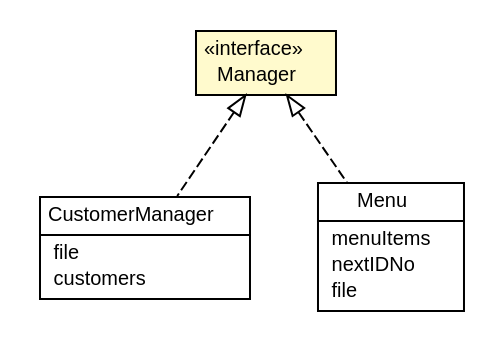
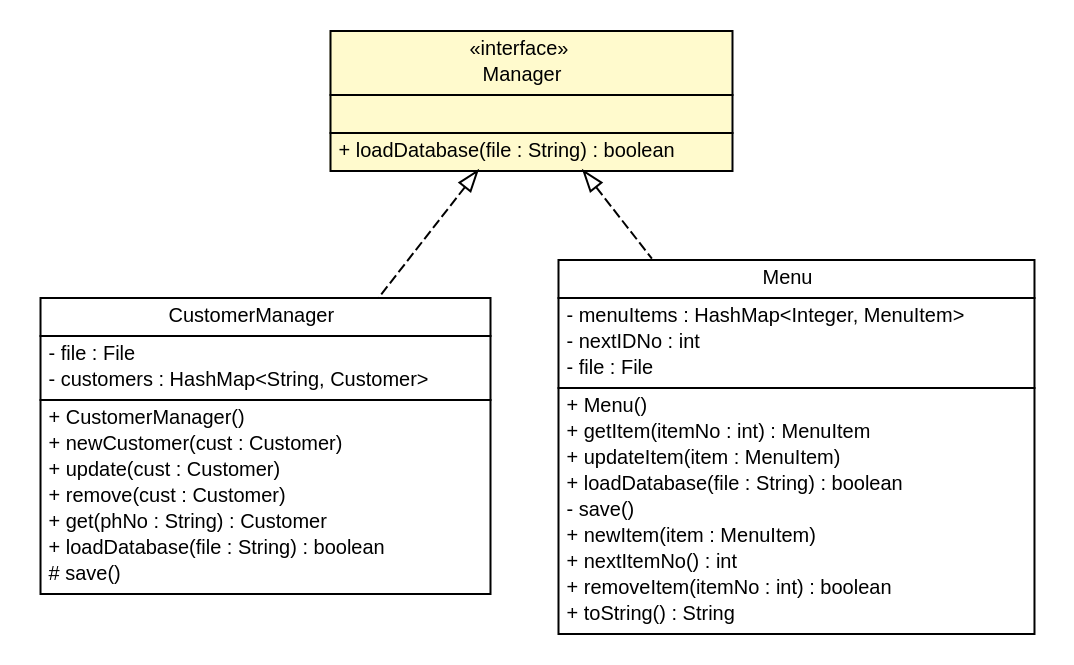
One commit to DDevine/CrapPOS changed the diagram in docs/au/edu/griffith/ict/Manager.dot. Above: the diagram before and after it, drawn with Graphviz. The commit also changed 50 other files, not shown here.

```diff
--- a/docs/au/edu/griffith/ict/Manager.dot
+++ b/docs/au/edu/griffith/ict/Manager.dot
@@ -1,44 +1,70 @@
 #!/usr/local/bin/dot
 #
 # Class diagram 
 # Generated by UMLGraph version 1.6 (http://www.umlgraph.org/)
 #
 
 digraph G {
 	edge [fontname="Helvetica",fontsize=10,labelfontname="Helvetica",labelfontsize=10];
 	node [fontname="Helvetica",fontsize=10,shape=plaintext];
 	nodesep=0.25;
 	ranksep=0.5;
 	// au.edu.griffith.ict.CustomerManager
-	c46 [label=<<table title="au.edu.griffith.ict.CustomerManager" border="0" cellborder="1" cellspacing="0" cellpadding="2" port="p" href="./CustomerManager.html">
+	c41 [label=<<table title="au.edu.griffith.ict.CustomerManager" border="0" cellborder="1" cellspacing="0" cellpadding="2" port="p" href="./CustomerManager.html">
 		<tr><td><table border="0" cellspacing="0" cellpadding="1">
 <tr><td align="center" balign="center"> CustomerManager </td></tr>
 		</table></td></tr>
 		<tr><td><table border="0" cellspacing="0" cellpadding="1">
-<tr><td align="left" balign="left">  file </td></tr>
-<tr><td align="left" balign="left">  customers </td></tr>
+<tr><td align="left" balign="left"> - file : File </td></tr>
+<tr><td align="left" balign="left"> - customers : HashMap&lt;String, Customer&gt; </td></tr>
+		</table></td></tr>
+		<tr><td><table border="0" cellspacing="0" cellpadding="1">
+<tr><td align="left" balign="left"> + CustomerManager() </td></tr>
+<tr><td align="left" balign="left"> + newCustomer(cust : Customer) </td></tr>
+<tr><td align="left" balign="left"> + update(cust : Customer) </td></tr>
+<tr><td align="left" balign="left"> + remove(cust : Customer) </td></tr>
+<tr><td align="left" balign="left"> + get(phNo : String) : Customer </td></tr>
+<tr><td align="left" balign="left"> + loadDatabase(file : String) : boolean </td></tr>
+<tr><td align="left" balign="left"> # save() </td></tr>
 		</table></td></tr>
 		</table>>, URL="./CustomerManager.html", fontname="Helvetica", fontcolor="black", fontsize=10.0];
 	// au.edu.griffith.ict.Manager
-	c48 [label=<<table title="au.edu.griffith.ict.Manager" border="0" cellborder="1" cellspacing="0" cellpadding="2" port="p" bgcolor="lemonChiffon" href="./Manager.html">
+	c43 [label=<<table title="au.edu.griffith.ict.Manager" border="0" cellborder="1" cellspacing="0" cellpadding="2" port="p" bgcolor="lemonChiffon" href="./Manager.html">
 		<tr><td><table border="0" cellspacing="0" cellpadding="1">
 <tr><td align="center" balign="center"> &#171;interface&#187; </td></tr>
 <tr><td align="center" balign="center"> Manager </td></tr>
 		</table></td></tr>
+		<tr><td><table border="0" cellspacing="0" cellpadding="1">
+<tr><td align="left" balign="left">  </td></tr>
+		</table></td></tr>
+		<tr><td><table border="0" cellspacing="0" cellpadding="1">
+<tr><td align="left" balign="left"> + loadDatabase(file : String) : boolean </td></tr>
+		</table></td></tr>
 		</table>>, URL="./Manager.html", fontname="Helvetica", fontcolor="black", fontsize=10.0];
 	// au.edu.griffith.ict.Menu
-	c50 [label=<<table title="au.edu.griffith.ict.Menu" border="0" cellborder="1" cellspacing="0" cellpadding="2" port="p" href="./Menu.html">
+	c45 [label=<<table title="au.edu.griffith.ict.Menu" border="0" cellborder="1" cellspacing="0" cellpadding="2" port="p" href="./Menu.html">
 		<tr><td><table border="0" cellspacing="0" cellpadding="1">
 <tr><td align="center" balign="center"> Menu </td></tr>
 		</table></td></tr>
 		<tr><td><table border="0" cellspacing="0" cellpadding="1">
-<tr><td align="left" balign="left">  menuItems </td></tr>
-<tr><td align="left" balign="left">  nextIDNo </td></tr>
-<tr><td align="left" balign="left">  file </td></tr>
+<tr><td align="left" balign="left"> - menuItems : HashMap&lt;Integer, MenuItem&gt; </td></tr>
+<tr><td align="left" balign="left"> - nextIDNo : int </td></tr>
+<tr><td align="left" balign="left"> - file : File </td></tr>
+		</table></td></tr>
+		<tr><td><table border="0" cellspacing="0" cellpadding="1">
+<tr><td align="left" balign="left"> + Menu() </td></tr>
+<tr><td align="left" balign="left"> + getItem(itemNo : int) : MenuItem </td></tr>
+<tr><td align="left" balign="left"> + updateItem(item : MenuItem) </td></tr>
+<tr><td align="left" balign="left"> + loadDatabase(file : String) : boolean </td></tr>
+<tr><td align="left" balign="left"> - save() </td></tr>
+<tr><td align="left" balign="left"> + newItem(item : MenuItem) </td></tr>
+<tr><td align="left" balign="left"> + nextItemNo() : int </td></tr>
+<tr><td align="left" balign="left"> + removeItem(itemNo : int) : boolean </td></tr>
+<tr><td align="left" balign="left"> + toString() : String </td></tr>
 		</table></td></tr>
 		</table>>, URL="./Menu.html", fontname="Helvetica", fontcolor="black", fontsize=10.0];
 	//au.edu.griffith.ict.CustomerManager implements au.edu.griffith.ict.Manager
-	c48:p -> c46:p [dir=back,arrowtail=empty,style=dashed];
+	c43:p -> c41:p [dir=back,arrowtail=empty,style=dashed];
 	//au.edu.griffith.ict.Menu implements au.edu.griffith.ict.Manager
-	c48:p -> c50:p [dir=back,arrowtail=empty,style=dashed];
+	c43:p -> c45:p [dir=back,arrowtail=empty,style=dashed];
 }
```
